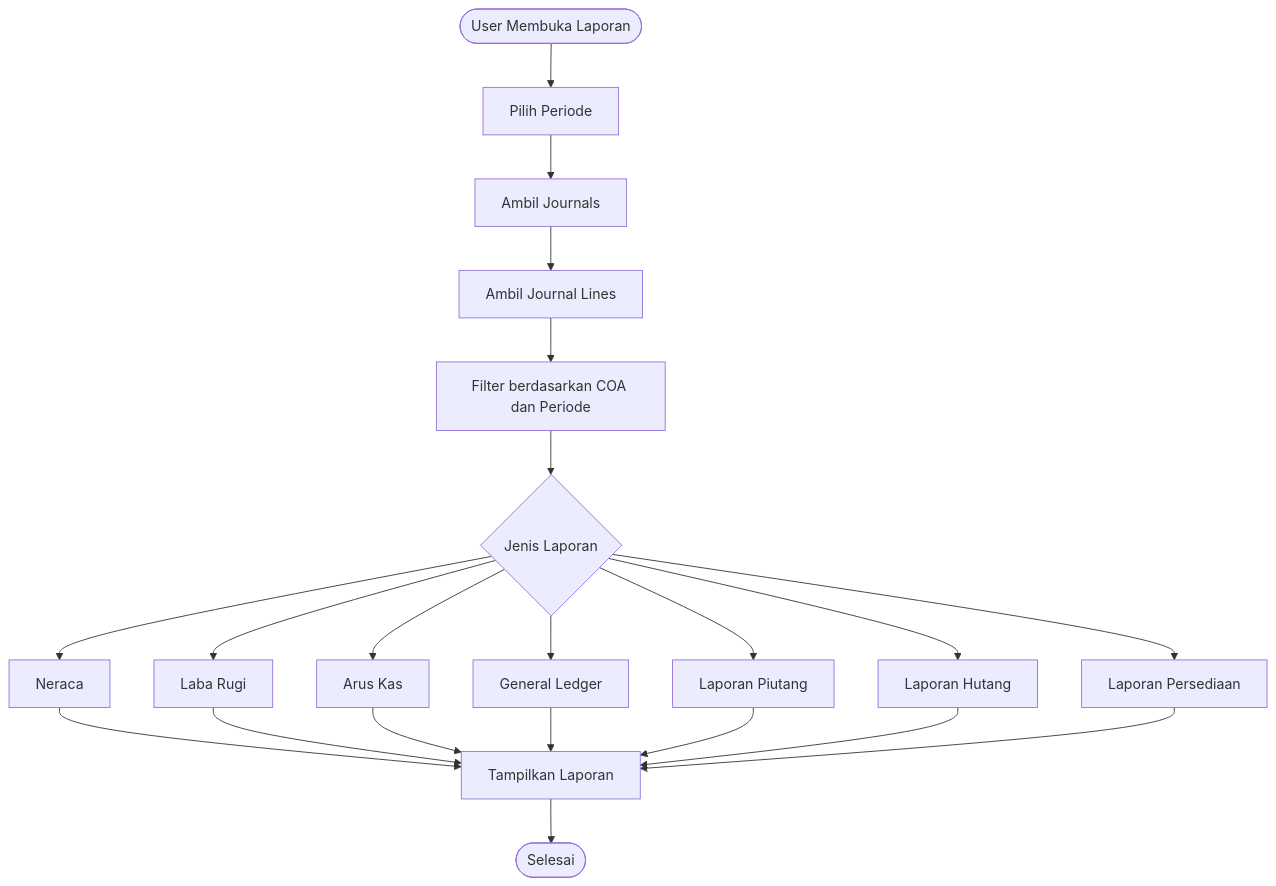
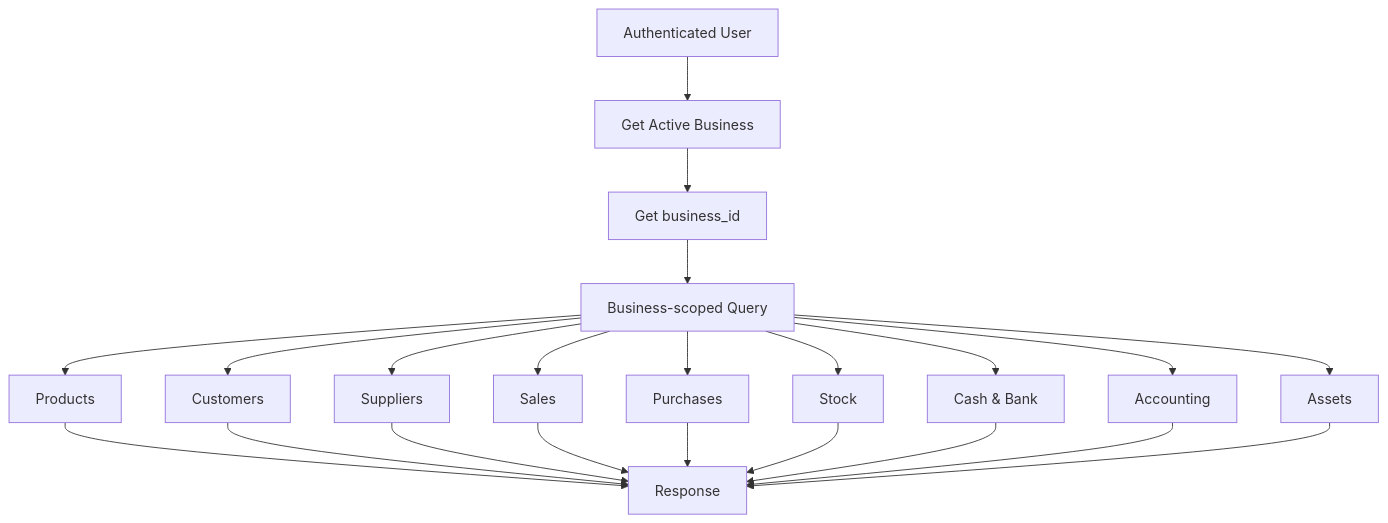
One commit to ahmadfaiqm/flowcash changed diagram 16 of 17 in docs/flowchart/flowchart.md. Above: the diagram before and after it, drawn with Mermaid. The commit also changed other lines of this file, not shown here.

Commit message:
feat/FlowChartBaru

````diff
--- a/docs/flowchart/flowchart.md
+++ b/docs/flowchart/flowchart.md
@@ -520,27 +394,24 @@
 ```mermaid
 flowchart TD
-    A([User Membuka Laporan]) --> B[Pilih Periode]
-    B --> C[Ambil Journals]
-    C --> D[Ambil Journal Lines]
-    D --> E[Filter berdasarkan COA dan Periode]
-
-    E --> F{Jenis Laporan}
-
-    F --> G[Neraca]
-    F --> H[Laba Rugi]
-    F --> I[Arus Kas]
-    F --> J[General Ledger]
-    F --> K[Laporan Piutang]
-    F --> L[Laporan Hutang]
-    F --> M[Laporan Persediaan]
-
-    G --> N[Tampilkan Laporan]
+    A[Authenticated User] --> B[Get Active Business]
+    B --> C[Get business_id]
+    C --> D[Business-scoped Query]
+    D --> E[Products]
+    D --> F[Customers]
+    D --> G[Suppliers]
+    D --> H[Sales]
+    D --> I[Purchases]
+    D --> J[Stock]
+    D --> K[Cash & Bank]
+    D --> L[Accounting]
+    D --> M[Assets]
+    E --> N[Response]
+    F --> N
+    G --> N
     H --> N
     I --> N
     J --> N
     K --> N
     L --> N
     M --> N
-
-    N --> Z([Selesai])
 ```
````
